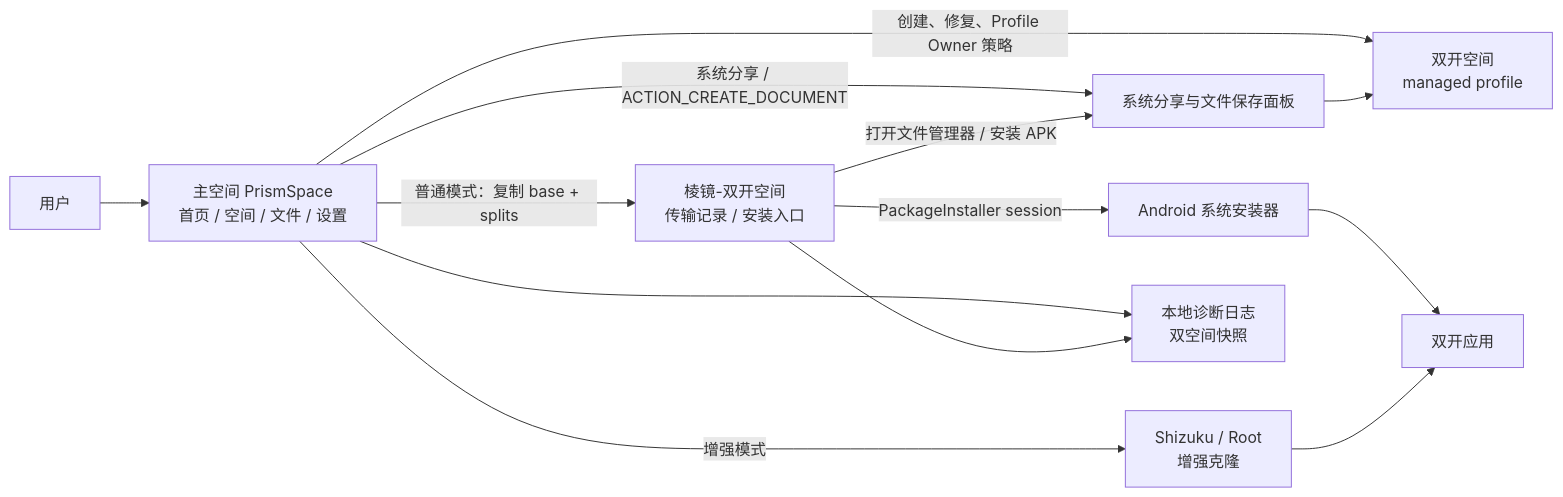
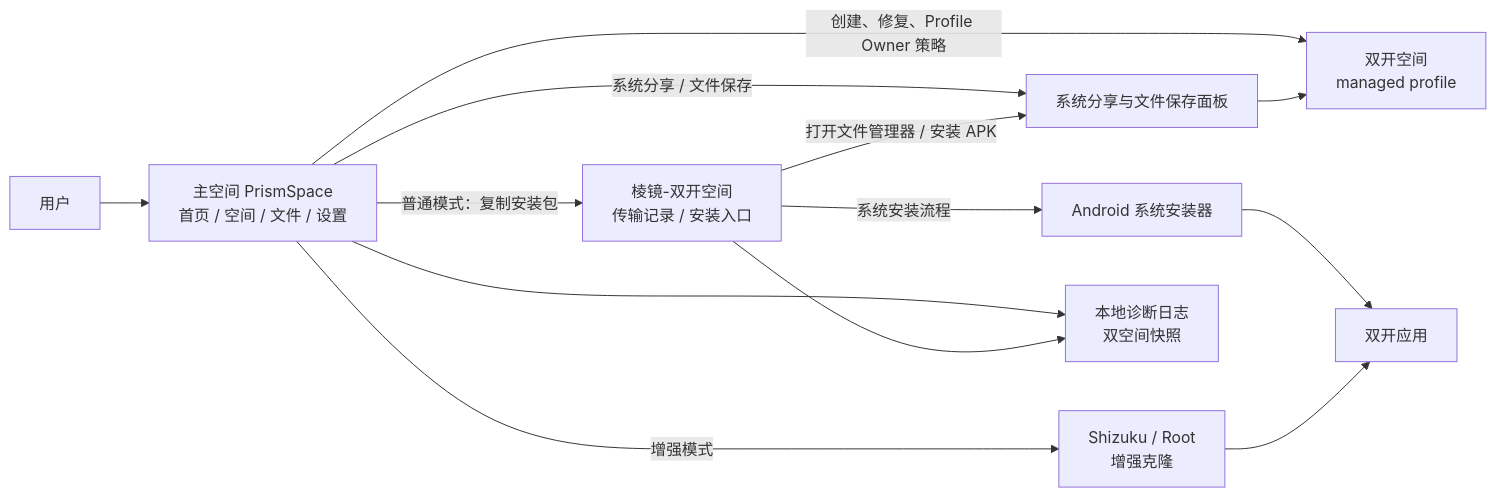
Before and after one commit to yanggeyyds/PrismSpace: the diagram in README.md, drawn with Mermaid. The commit also changed other lines of this file and 2 other files, not shown here.

````diff
--- a/README.md
+++ b/README.md
@@ -54,23 +74,23 @@
 ```mermaid
 flowchart LR
     User["用户"]
     Main["主空间 PrismSpace<br/>首页 / 空间 / 文件 / 设置"]
     Profile["双开空间<br/>managed profile"]
     Entry["棱镜-双开空间<br/>传输记录 / 安装入口"]
     Apps["双开应用"]
     Installer["Android 系统安装器"]
     Files["系统分享与文件保存面板"]
     Privileged["Shizuku / Root<br/>增强克隆"]
     Diagnostics["本地诊断日志<br/>双空间快照"]
 
     User --> Main
     Main -- "创建、修复、Profile Owner 策略" --> Profile
-    Main -- "普通模式：复制 base + splits" --> Entry
-    Entry -- "PackageInstaller session" --> Installer
+    Main -- "普通模式：复制安装包" --> Entry
+    Entry -- "系统安装流程" --> Installer
     Installer --> Apps
     Main -- "增强模式" --> Privileged --> Apps
-    Main -- "系统分享 / ACTION_CREATE_DOCUMENT" --> Files --> Profile
+    Main -- "系统分享 / 文件保存" --> Files --> Profile
     Entry -- "打开文件管理器 / 安装 APK" --> Files
     Main --> Diagnostics
     Entry --> Diagnostics
 ```
````
